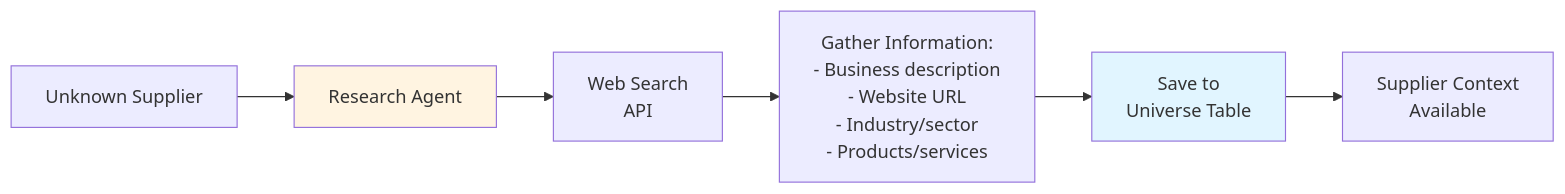
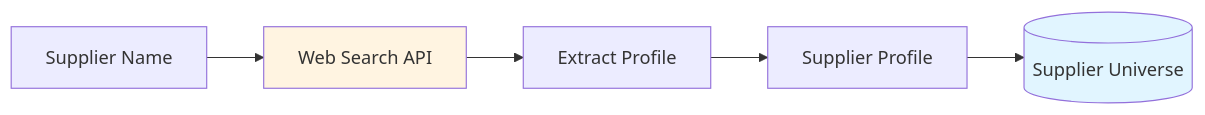
The fourth of 11 diagrams in docs/architecture.md (prince1823/colab91-ap-agent), drawn with Mermaid before and after one commit. The commit also changed other lines of this file and 1 other file, not shown here.

````diff
--- a/docs/architecture.md
+++ b/docs/architecture.md
@@ -470,14 +85,10 @@
 ```mermaid
 flowchart LR
-    A[Unknown Supplier] --> B[Research Agent]
-    B --> C[Web Search<br/>API]
-    
-    C --> D[Gather Information:<br/>- Business description<br/>- Website URL<br/>- Industry/sector<br/>- Products/services]
-    
-    D --> E[Save to<br/>Universe Table]
-    
-    E --> F[Supplier Context<br/>Available]
+    A[Supplier Name] --> B[Web Search API]
+    B --> C[Extract Profile]
+    C --> D[Supplier Profile]
+    D --> E[(Supplier Universe)]
     
     style B fill:#fff4e1
     style E fill:#e1f5ff
 ```
````
